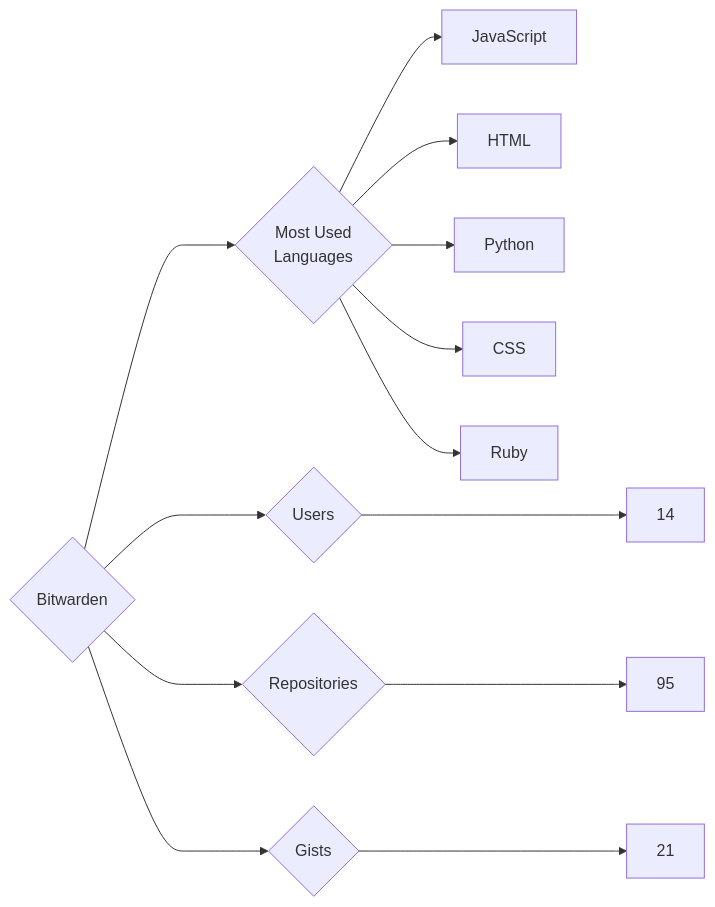
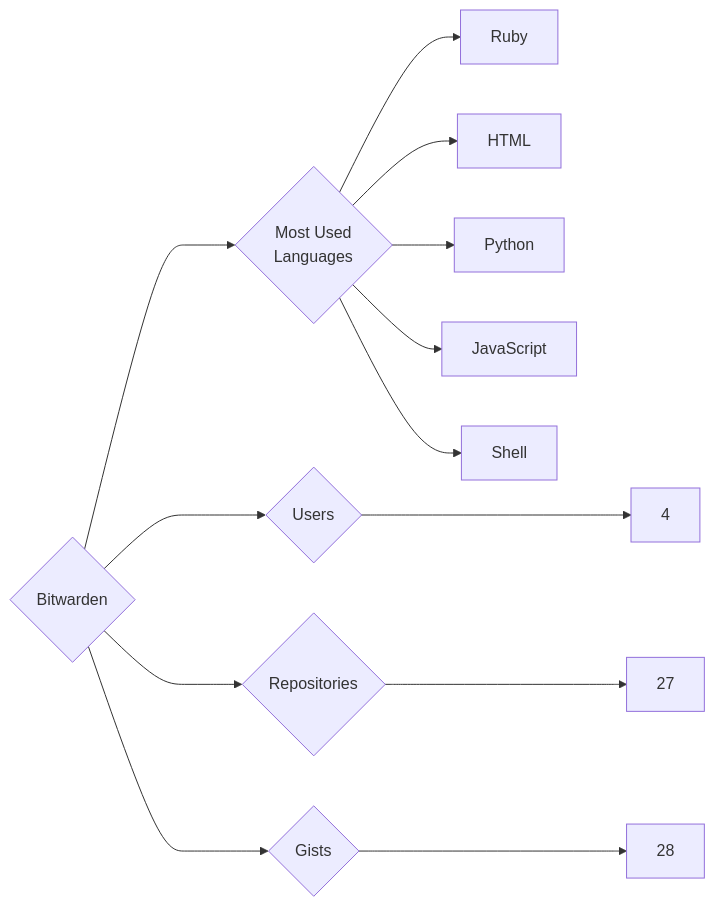
Before and after one commit to trickest/insiders: the diagram in targets/Bitwarden/README.md, drawn with Mermaid. The commit also changed 1167 other files, not shown here.

````diff
--- a/targets/Bitwarden/README.md
+++ b/targets/Bitwarden/README.md
@@ -3,13 +3,13 @@
 ```mermaid
 graph LR
 COMPANY_NAME{Bitwarden}
-COMPANY_NAME ---> U{Users} ---> UN[14]
-COMPANY_NAME ---> R{Repositories} ---> RN[95]
-COMPANY_NAME ---> G{Gists} ---> GN[21]
+COMPANY_NAME ---> U{Users} ---> UN[4]
+COMPANY_NAME ---> R{Repositories} ---> RN[27]
+COMPANY_NAME ---> G{Gists} ---> GN[28]
 COMPANY_NAME ---> ML{Most Used<br>Languages}
-ML --> JavaScript[JavaScript]
+ML --> Ruby[Ruby]
 ML --> HTML[HTML]
 ML --> Python[Python]
-ML --> CSS[CSS]
-ML --> Ruby[Ruby]
+ML --> JavaScript[JavaScript]
+ML --> Shell[Shell]
 ```
````
